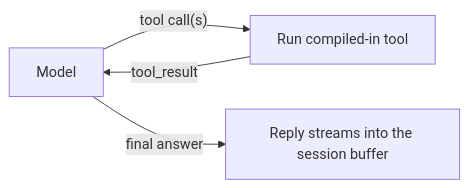
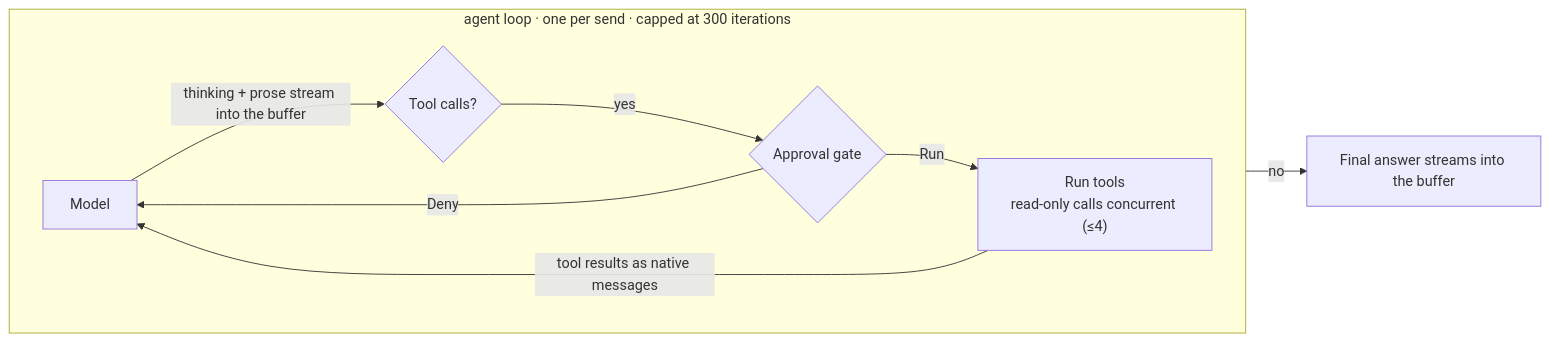
One commit to noisesfromspace/yap changed the diagram in README.md. Above: the diagram before and after it, drawn with Mermaid. The commit also changed other lines of this file, not shown here.

Commit message:
docs: expand agent-loop diagram with yap specifics

````diff
--- a/README.md
+++ b/README.md
@@ -42,6 +43,12 @@
 ```mermaid
 flowchart LR
-    Model -->|"tool call(s)"| Run["Run compiled-in tool"]
-    Run -->|"tool_result"| Model
-    Model -->|"final answer"| Buffer["Reply streams into the session buffer"]
+    subgraph loop["agent loop · one per send · capped at 300 iterations"]
+        direction LR
+        M["Model"] -->|"thinking + prose stream into the buffer"| Q{"Tool calls?"}
+        Q -->|"yes"| A{"Approval gate"}
+        A -->|"Run"| R["Run tools<br/>read-only calls concurrent (≤4)"]
+        R -->|"tool results as native messages"| M
+        A -->|"Deny"| M
+    end
+    Q -->|"no"| B["Final answer streams into the buffer"]
 ```
````
